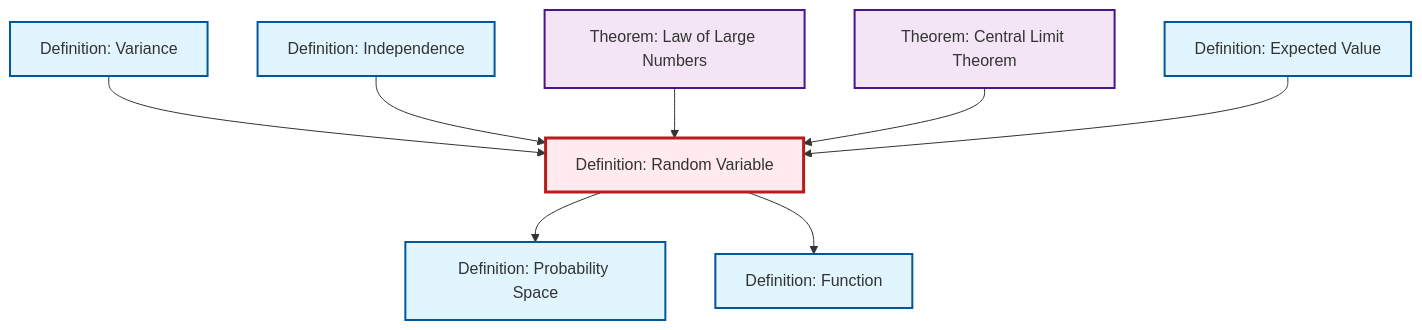
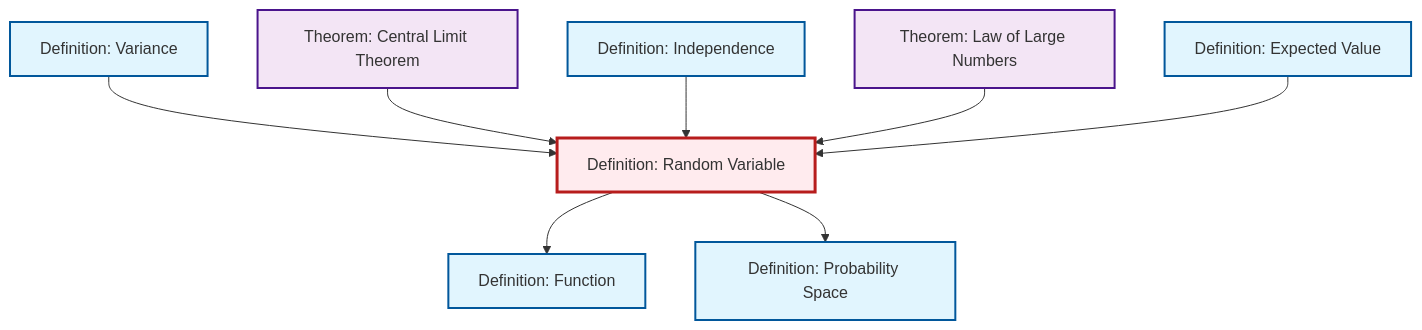
The diagram in output/mermaid/def-random-variable.mermaid (RK0429/ModernMath), drawn with Mermaid before and after one commit. The commit also changed other lines of this file and 581 other files, not shown here.

```diff
--- a/output/mermaid/def-random-variable.mermaid
+++ b/output/mermaid/def-random-variable.mermaid
@@ -1,23 +1,23 @@
 %%| fig-cap: "Local dependency graph"
 graph TD
     classDef definition fill:#e1f5fe,stroke:#01579b,stroke-width:2px
     classDef theorem fill:#f3e5f5,stroke:#4a148c,stroke-width:2px
     classDef axiom fill:#fff3e0,stroke:#e65100,stroke-width:2px
     classDef example fill:#e8f5e9,stroke:#1b5e20,stroke-width:2px
     classDef current fill:#ffebee,stroke:#b71c1c,stroke-width:3px
-    def-variance["Definition: Variance"]:::definition
-    def-random-variable["Definition: Random Variable"]:::definition
-    thm-law-of-large-numbers["Theorem: Law of Large Numbers"]:::theorem
     def-probability-space["Definition: Probability Space"]:::definition
-    thm-central-limit["Theorem: Central Limit Theorem"]:::theorem
     def-independence["Definition: Independence"]:::definition
     def-function["Definition: Function"]:::definition
+    thm-central-limit["Theorem: Central Limit Theorem"]:::theorem
+    def-variance["Definition: Variance"]:::definition
     def-expectation["Definition: Expected Value"]:::definition
-    def-random-variable --> def-probability-space
+    thm-law-of-large-numbers["Theorem: Law of Large Numbers"]:::theorem
+    def-random-variable["Definition: Random Variable"]:::definition
     def-variance --> def-random-variable
     def-random-variable --> def-function
+    thm-central-limit --> def-random-variable
+    def-random-variable --> def-probability-space
     def-independence --> def-random-variable
     thm-law-of-large-numbers --> def-random-variable
-    thm-central-limit --> def-random-variable
     def-expectation --> def-random-variable
     class def-random-variable current
```
